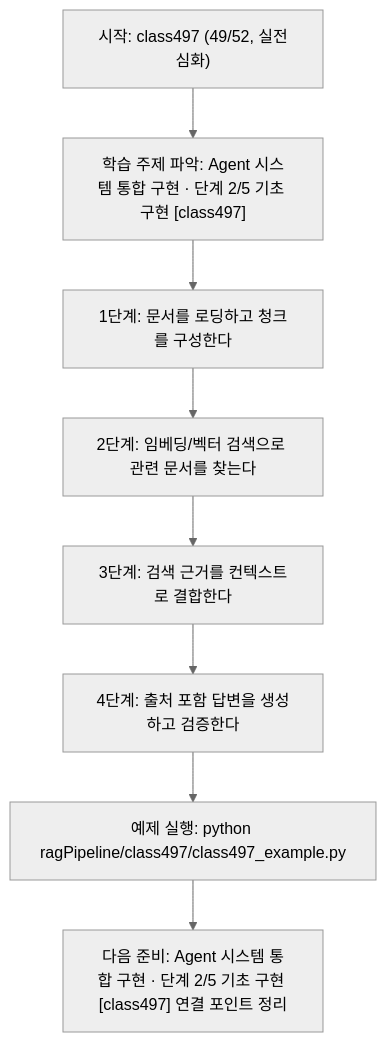
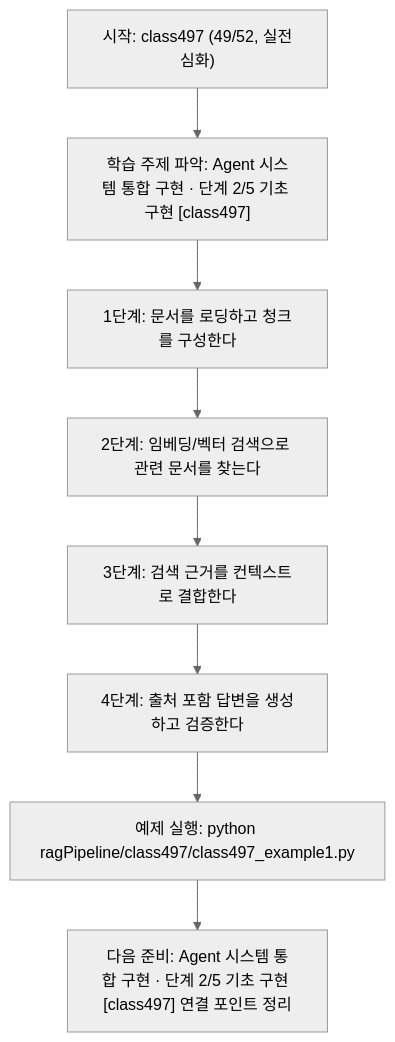
The diagram in ragPipeline/class497/class497.md (edumgt/Python-AI_Agent-Class), drawn with Mermaid (neutral theme) before and after one commit. The commit also changed other lines of this file and 2959 other files, not shown here.

````diff
--- a/ragPipeline/class497/class497.md
+++ b/ragPipeline/class497/class497.md
@@ -112,18 +112,18 @@
 ```mermaid
 flowchart TD
 N1["시작: class497 (49/52, 실전심화)"]
 N2["학습 주제 파악: Agent 시스템 통합 구현 · 단계 2/5 기초 구현 [class497]"]
 N3["1단계: 문서를 로딩하고 청크를 구성한다"]
 N4["2단계: 임베딩/벡터 검색으로 관련 문서를 찾는다"]
 N5["3단계: 검색 근거를 컨텍스트로 결합한다"]
 N6["4단계: 출처 포함 답변을 생성하고 검증한다"]
-N7["예제 실행: python ragPipeline/class497/class497_example.py"]
+N7["예제 실행: python ragPipeline/class497/class497_example1.py"]
 N8["다음 준비: Agent 시스템 통합 구현 · 단계 2/5 기초 구현 [class497] 연결 포인트 정리"]
 N1 --> N2
 N2 --> N3
 N3 --> N4
 N4 --> N5
 N5 --> N6
 N6 --> N7
 N7 --> N8
 ```
````
